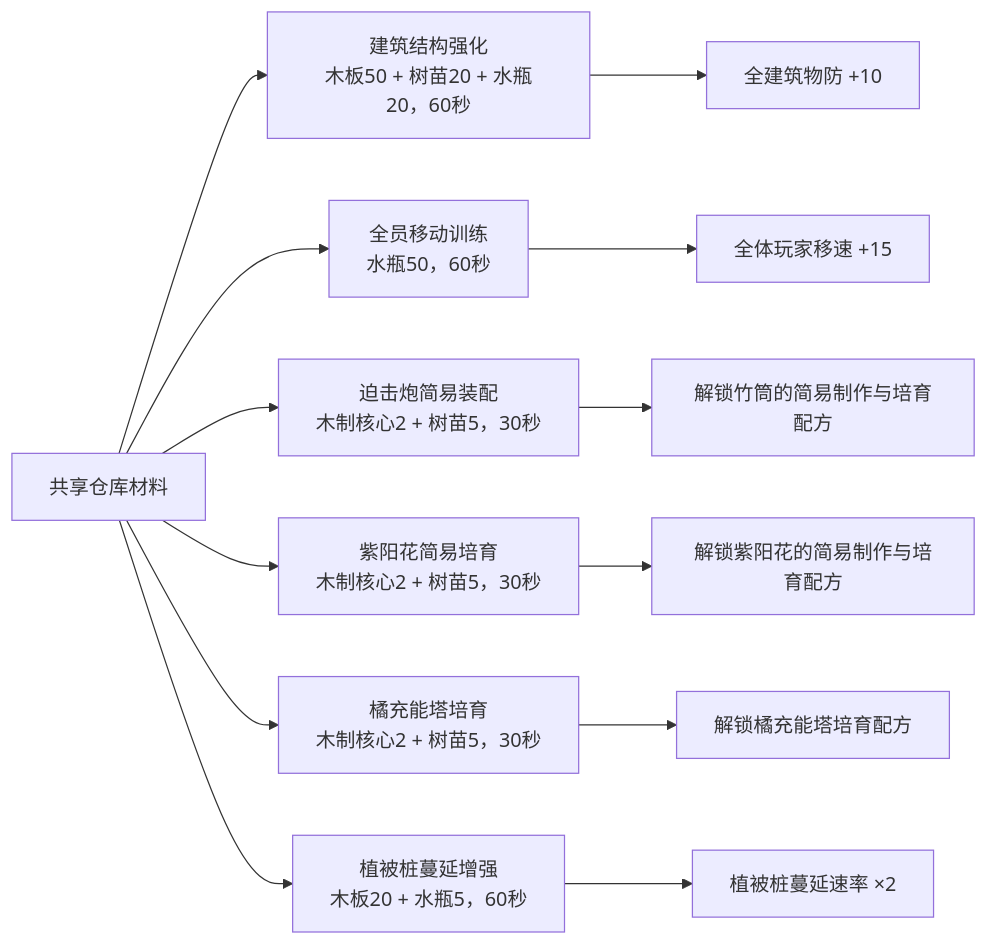
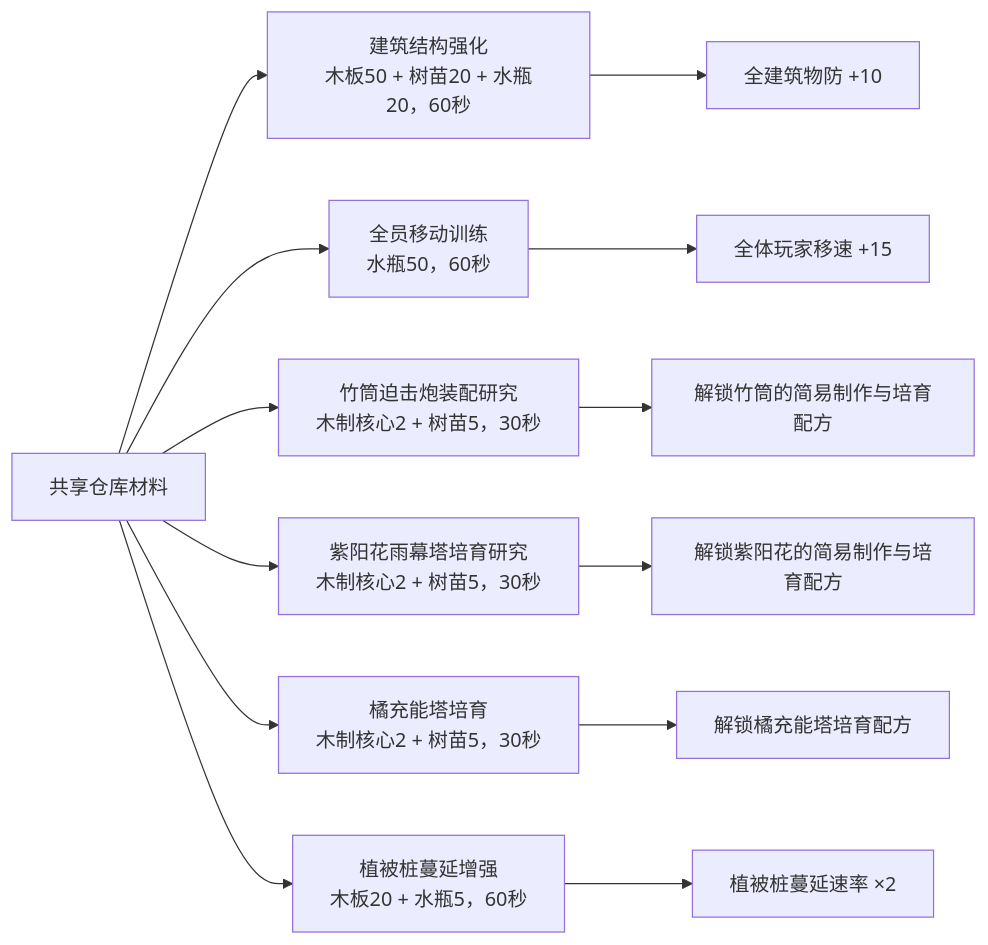
Before and after one commit to wanheng20031114/arc-nice: the eighth of 9 diagrams in reports/tower_defense_production_flow.md, drawn with Mermaid. The commit also changed 21 other files, not shown here.

````diff
--- a/reports/tower_defense_production_flow.md
+++ b/reports/tower_defense_production_flow.md
@@ -264,16 +264,16 @@
 ```mermaid
 flowchart LR
     S["共享仓库材料"] --> R1["建筑结构强化<br/>木板50 + 树苗20 + 水瓶20，60秒"]
     S --> R2["全员移动训练<br/>水瓶50，60秒"]
-    S --> R3["迫击炮简易装配<br/>木制核心2 + 树苗5，30秒"]
-    S --> R4["紫阳花简易培育<br/>木制核心2 + 树苗5，30秒"]
+    S --> R3["竹筒迫击炮装配研究<br/>木制核心2 + 树苗5，30秒"]
+    S --> R4["紫阳花雨幕塔培育研究<br/>木制核心2 + 树苗5，30秒"]
     S --> R5["橘充能塔培育<br/>木制核心2 + 树苗5，30秒"]
     S --> R6["植被桩蔓延增强<br/>木板20 + 水瓶5，60秒"]
 
     R1 --> E1["全建筑物防 +10"]
     R2 --> E2["全体玩家移速 +15"]
     R3 --> E3["解锁竹筒的简易制作与培育配方"]
     R4 --> E4["解锁紫阳花的简易制作与培育配方"]
     R5 --> E5["解锁橘充能塔培育配方"]
     R6 --> E6["植被桩蔓延速率 ×2"]
 ```
````
